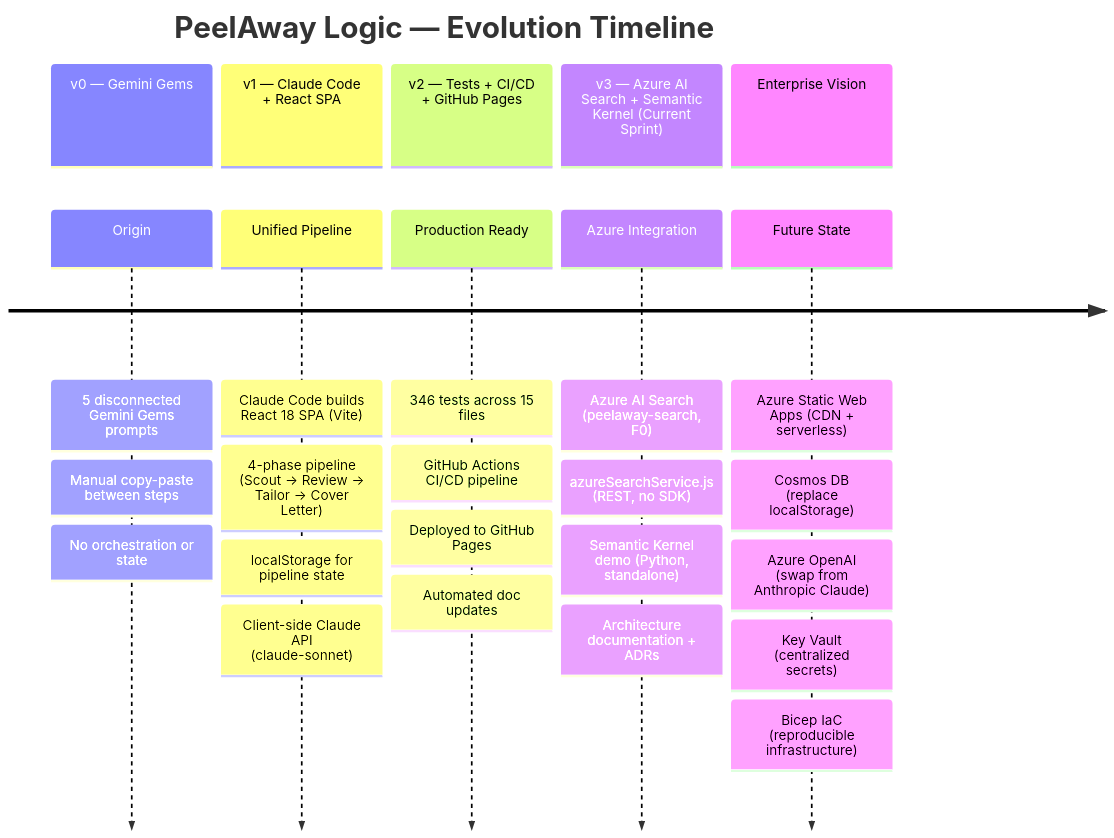
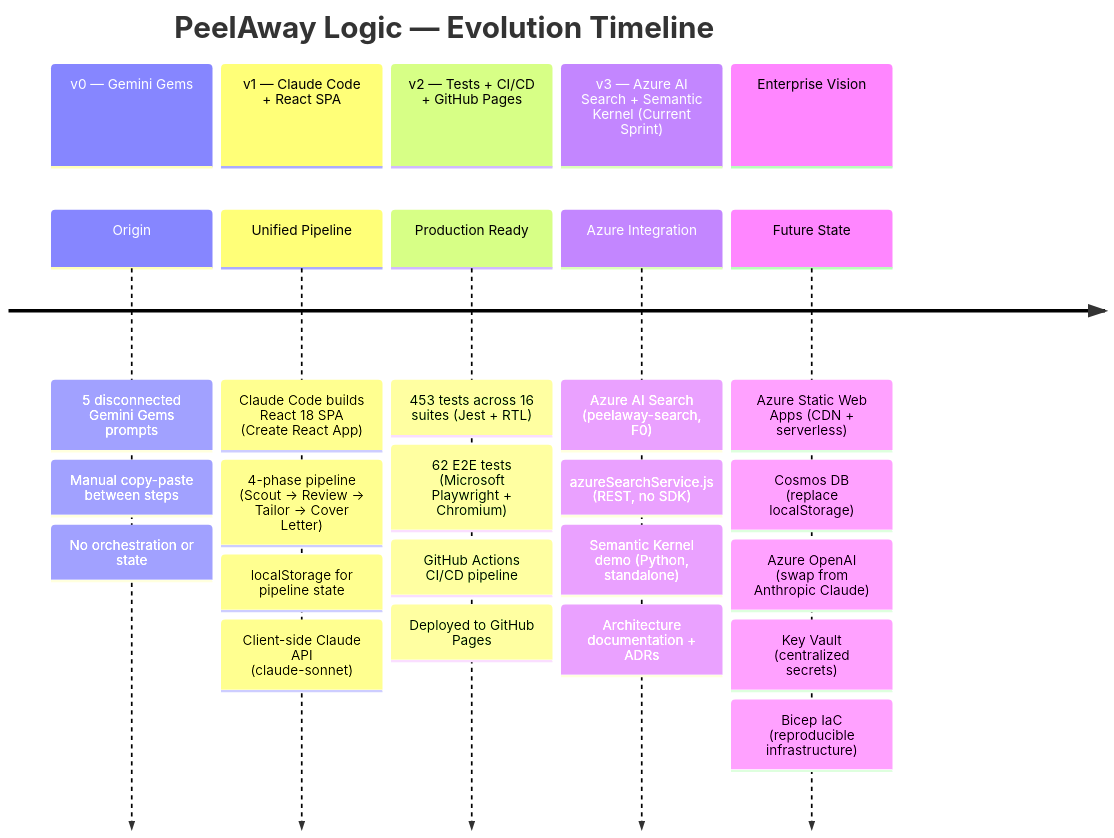
The diagram in docs/architecture/diagrams/evolution-timeline.mermaid (CarmenReed/PeelAway-Logic-QA), drawn with Mermaid before and after one commit. The commit also changed 5 other files, not shown here.

First line of the commit message:
docs: add Playwright and Copilot to ecosystem docs, fix Vite and test counts

```diff
--- a/docs/architecture/diagrams/evolution-timeline.mermaid
+++ b/docs/architecture/diagrams/evolution-timeline.mermaid
@@ -1,32 +1,32 @@
 timeline
     title PeelAway Logic — Evolution Timeline
 
     section v0 — Gemini Gems
         Origin : 5 disconnected Gemini Gems prompts
                : Manual copy-paste between steps
                : No orchestration or state
 
     section v1 — Claude Code + React SPA
-        Unified Pipeline : Claude Code builds React 18 SPA (Vite)
+        Unified Pipeline : Claude Code builds React 18 SPA (Create React App)
                          : 4-phase pipeline (Scout → Review → Tailor → Cover Letter)
                          : localStorage for pipeline state
                          : Client-side Claude API (claude-sonnet)
 
     section v2 — Tests + CI/CD + GitHub Pages
-        Production Ready : 346 tests across 15 files
+        Production Ready : 453 tests across 16 suites (Jest + RTL)
+                         : 62 E2E tests (Microsoft Playwright + Chromium)
                          : GitHub Actions CI/CD pipeline
                          : Deployed to GitHub Pages
-                         : Automated doc updates
 
     section v3 — Azure AI Search + Semantic Kernel (Current Sprint)
         Azure Integration : Azure AI Search (peelaway-search, F0)
                           : azureSearchService.js (REST, no SDK)
                           : Semantic Kernel demo (Python, standalone)
                           : Architecture documentation + ADRs
 
     section Enterprise Vision
         Future State : Azure Static Web Apps (CDN + serverless)
                      : Cosmos DB (replace localStorage)
                      : Azure OpenAI (swap from Anthropic Claude)
                      : Key Vault (centralized secrets)
                      : Bicep IaC (reproducible infrastructure)
```
